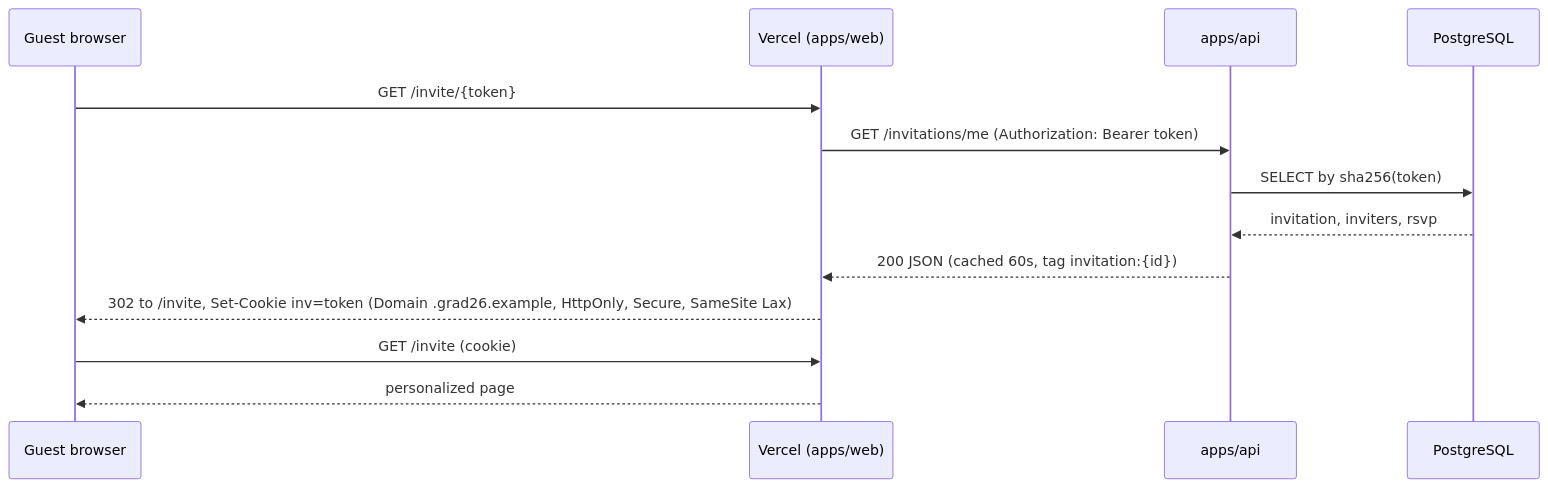
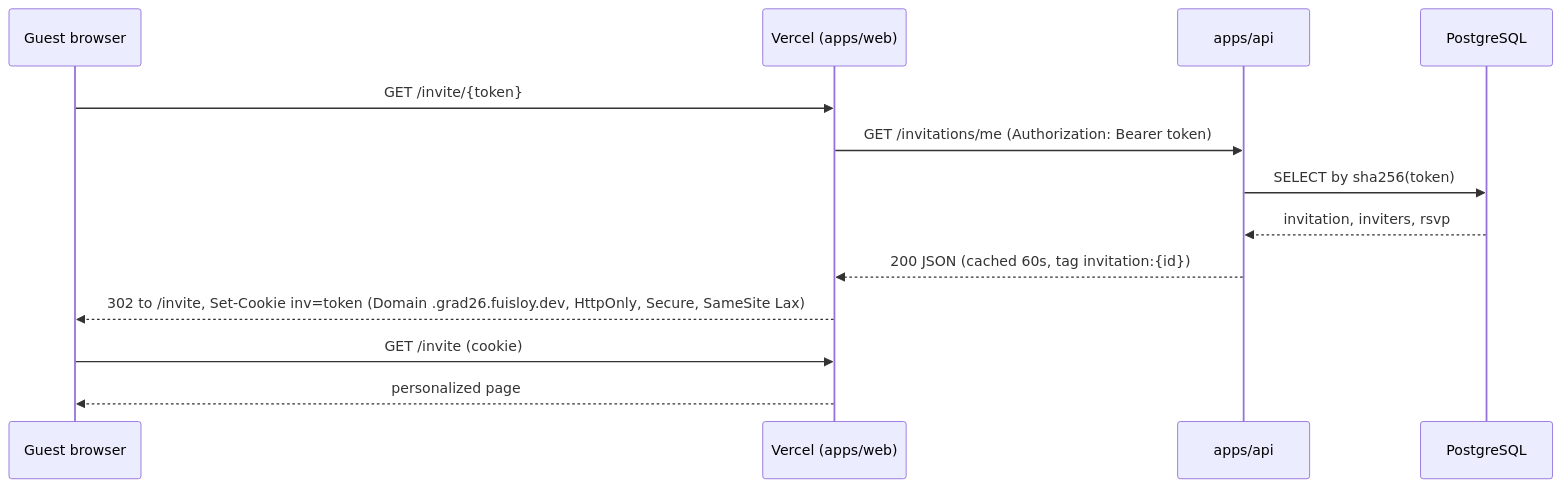
Before and after one commit to fuisl/vgu-graduation: the first of 3 diagrams in docs/architecture/target/use-cases.md, drawn with Mermaid. The commit also changed other lines of this file and 11 other files, not shown here.

````diff
--- a/docs/architecture/target/use-cases.md
+++ b/docs/architecture/target/use-cases.md
@@ -9,15 +9,15 @@
 ```mermaid
 sequenceDiagram
   participant G as Guest browser
   participant V as Vercel (apps/web)
   participant A as apps/api
   participant P as PostgreSQL
   G->>V: GET /invite/{token}
   V->>A: GET /invitations/me (Authorization: Bearer token)
   A->>P: SELECT by sha256(token)
   P-->>A: invitation, inviters, rsvp
   A-->>V: 200 JSON (cached 60s, tag invitation:{id})
-  V-->>G: 302 to /invite, Set-Cookie inv=token (Domain .grad26.example, HttpOnly, Secure, SameSite Lax)
+  V-->>G: 302 to /invite, Set-Cookie inv=token (Domain .grad26.fuisloy.dev, HttpOnly, Secure, SameSite Lax)
   G->>V: GET /invite (cookie)
   V-->>G: personalized page
 ```
````
